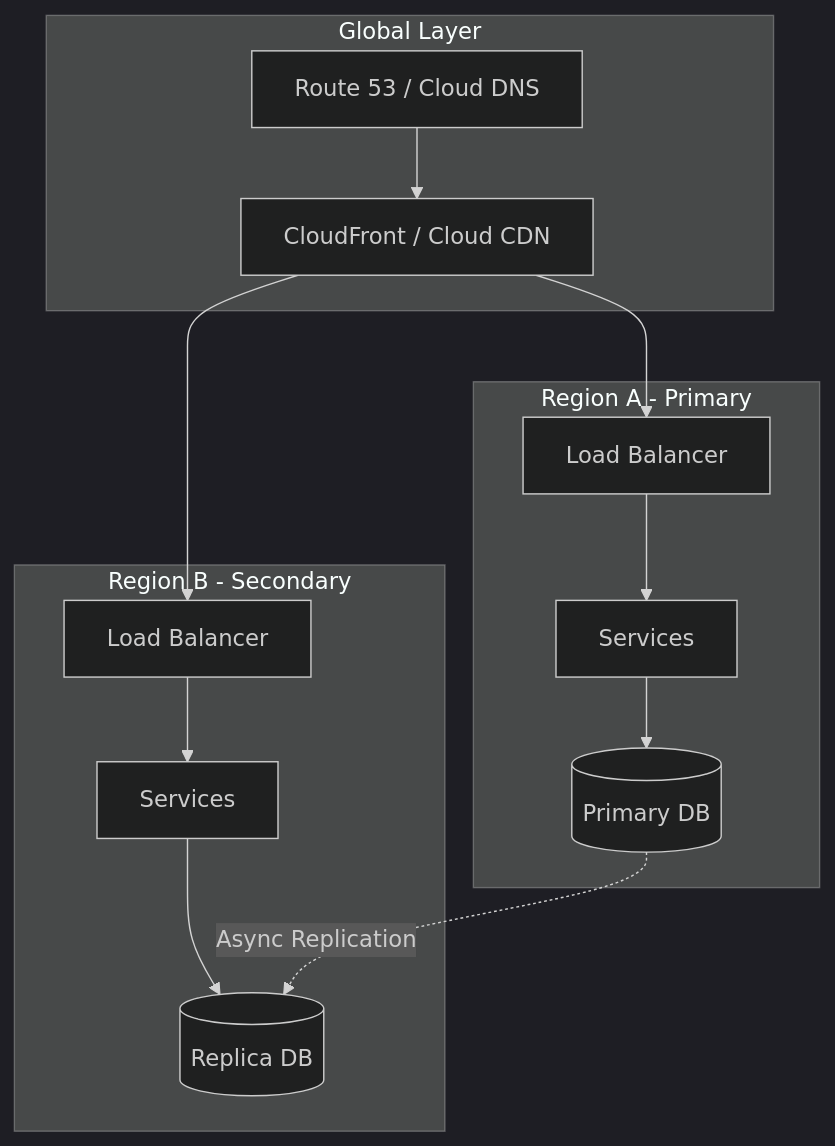
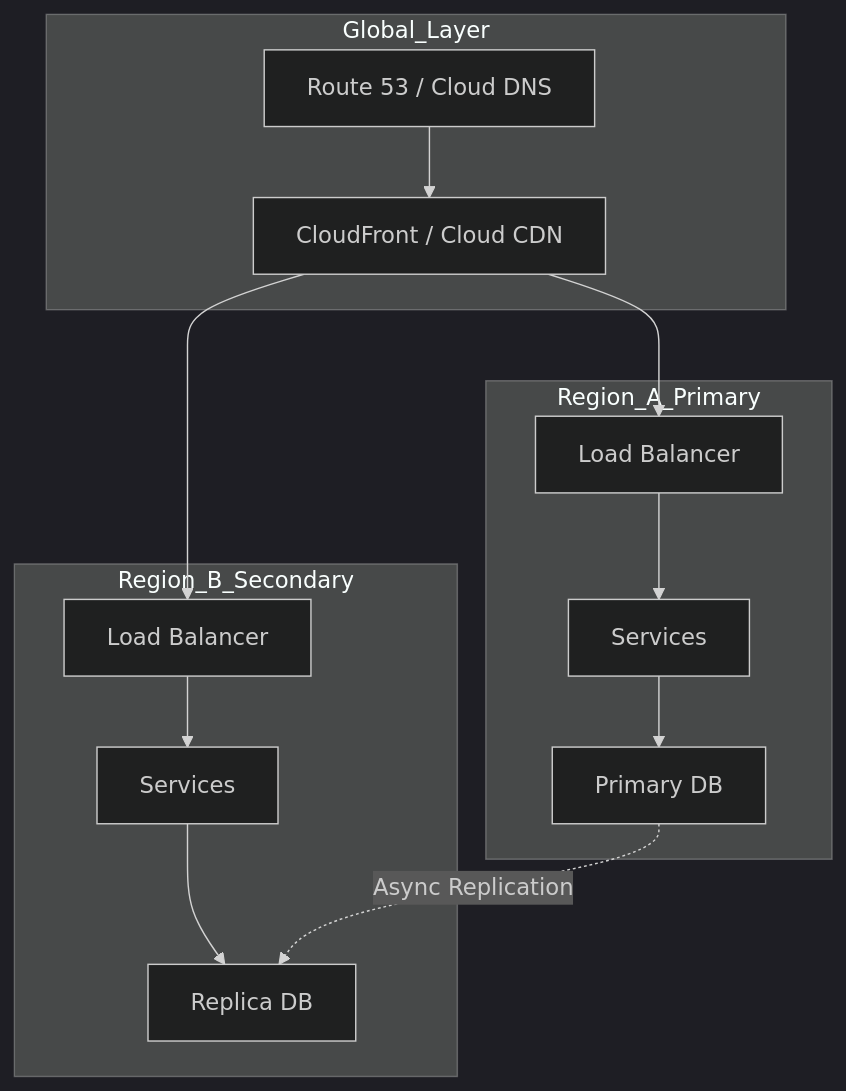
The diagram in its-my-training-day/system-design-architecture/solutions-architecture/README.md (goldenfamilyfarms/its-my-training-day), drawn with Mermaid (dark theme) before and after one commit. The commit also changed other lines of this file and 443 other files, not shown here.

````diff
--- a/its-my-training-day/system-design-architecture/solutions-architecture/README.md
+++ b/its-my-training-day/system-design-architecture/solutions-architecture/README.md
@@ -39,28 +89,28 @@
 ```mermaid
 graph TB
-    subgraph "Global Layer"
-        DNS[Route 53 / Cloud DNS]
-        CDN[CloudFront / Cloud CDN]
+    subgraph Global_Layer
+        DNS["Route 53 / Cloud DNS"]
+        CDN["CloudFront / Cloud CDN"]
     end
-    
-    subgraph "Region A - Primary"
-        LBA[Load Balancer]
-        SVCA[Services]
-        DBA[(Primary DB)]
+
+    subgraph Region_A_Primary
+        LBA["Load Balancer"]
+        SVCA["Services"]
+        DBA["Primary DB"]
     end
-    
-    subgraph "Region B - Secondary"
-        LBB[Load Balancer]
-        SVCB[Services]
-        DBB[(Replica DB)]
+
+    subgraph Region_B_Secondary
+        LBB["Load Balancer"]
+        SVCB["Services"]
+        DBB["Replica DB"]
     end
-    
+
     DNS --> CDN
     CDN --> LBA
     CDN --> LBB
     LBA --> SVCA
     LBB --> SVCB
     SVCA --> DBA
     SVCB --> DBB
     DBA -.->|Async Replication| DBB
 ```
````
